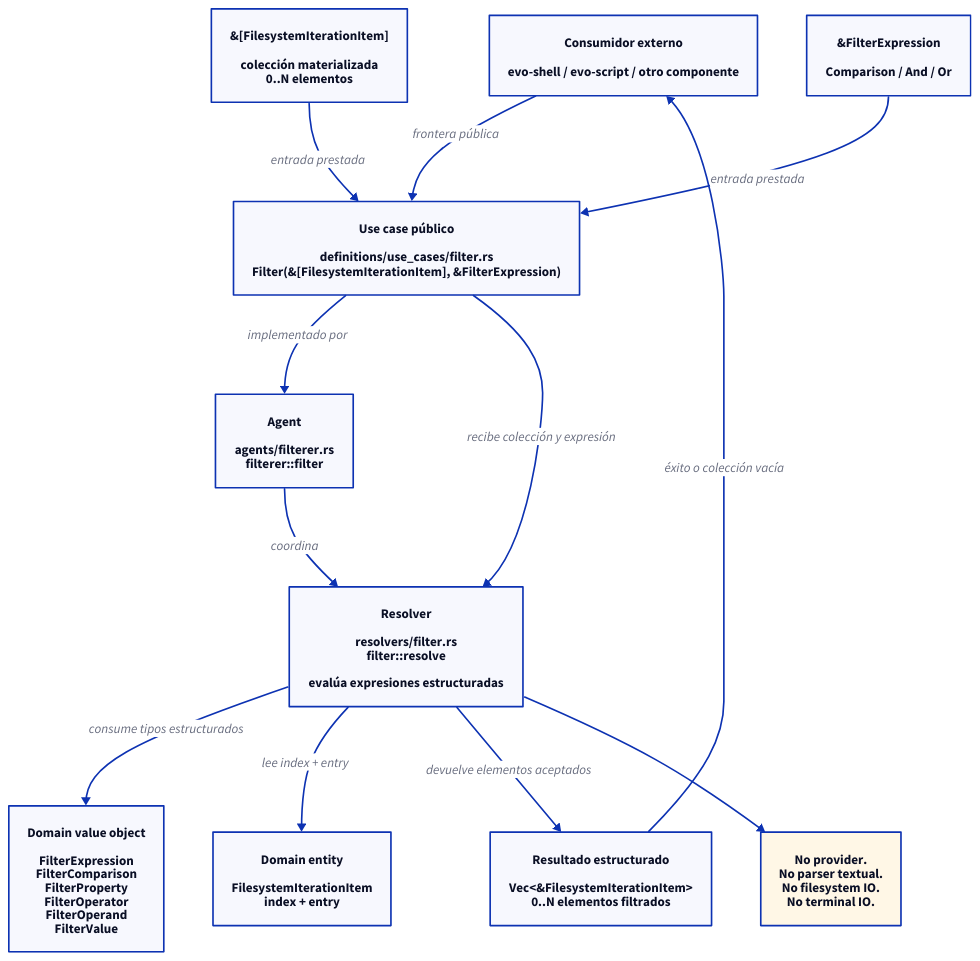
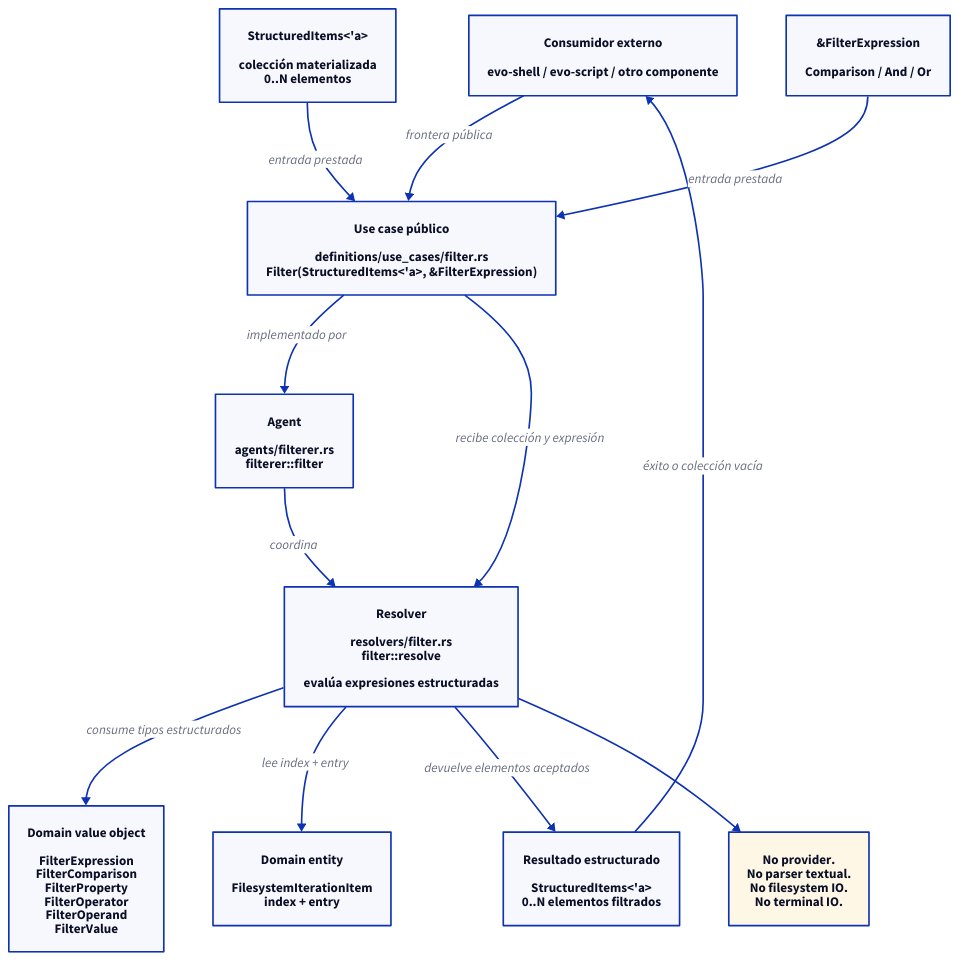
The diagram in evo-shell-engine/technical_documentation/use_cases/UC-004-filter-structured-iteration/architecture.d2 (niqel/evolution), drawn with D2 before and after one commit. The commit also changed 39 other files, not shown here.

Commit message:
feat: add structured iteration index and take

```diff
--- a/evo-shell-engine/technical_documentation/use_cases/UC-004-filter-structured-iteration/architecture.d2
+++ b/evo-shell-engine/technical_documentation/use_cases/UC-004-filter-structured-iteration/architecture.d2
@@ -1,55 +1,55 @@
 direction: down
 
 consumer: "Consumidor externo\n\nevo-shell / evo-script / otro componente" {
   shape: rectangle
 }
 
-use_case: "Use case público\n\ndefinitions/use_cases/filter.rs\nFilter(&[FilesystemIterationItem], &FilterExpression)" {
+use_case: "Use case público\n\ndefinitions/use_cases/filter.rs\nFilter(StructuredItems<'a>, &FilterExpression)" {
   shape: rectangle
 }
 
 agent: "Agent\n\nagents/filterer.rs\nfilterer::filter" {
   shape: rectangle
 }
 
 resolver: "Resolver\n\nresolvers/filter.rs\nfilter::resolve\n\nevalúa expresiones estructuradas" {
   shape: rectangle
 }
 
-items: "&[FilesystemIterationItem]\n\ncolección materializada\n0..N elementos" {
+items: "StructuredItems<'a>\n\ncolección materializada\n0..N elementos" {
   shape: rectangle
 }
 
 expression: "&FilterExpression\n\nComparison / And / Or" {
   shape: rectangle
 }
 
-result: "Resultado estructurado\n\nVec<&FilesystemIterationItem>\n0..N elementos filtrados" {
+result: "Resultado estructurado\n\nStructuredItems<'a>\n0..N elementos filtrados" {
   shape: rectangle
 }
 
 filter_expression: "Domain value object\n\nFilterExpression\nFilterComparison\nFilterProperty\nFilterOperator\nFilterOperand\nFilterValue" {
   shape: rectangle
 }
 
 filesystem_iteration_item: "Domain entity\n\nFilesystemIterationItem\nindex + entry" {
   shape: rectangle
 }
 
 consumer -> use_case: "frontera pública"
 use_case -> agent: "implementado por"
 agent -> resolver: "coordina"
 items -> use_case: "entrada prestada"
 expression -> use_case: "entrada prestada"
 use_case -> resolver: "recibe colección y expresión"
 resolver -> filter_expression: "consume tipos estructurados"
 resolver -> filesystem_iteration_item: "lee index + entry"
 resolver -> result: "devuelve elementos aceptados"
 result -> consumer: "éxito o colección vacía"
 
 note: "No provider.\nNo parser textual.\nNo filesystem IO.\nNo terminal IO." {
   shape: rectangle
   style.fill: "#fff7e6"
 }
 
 resolver -> note
```
